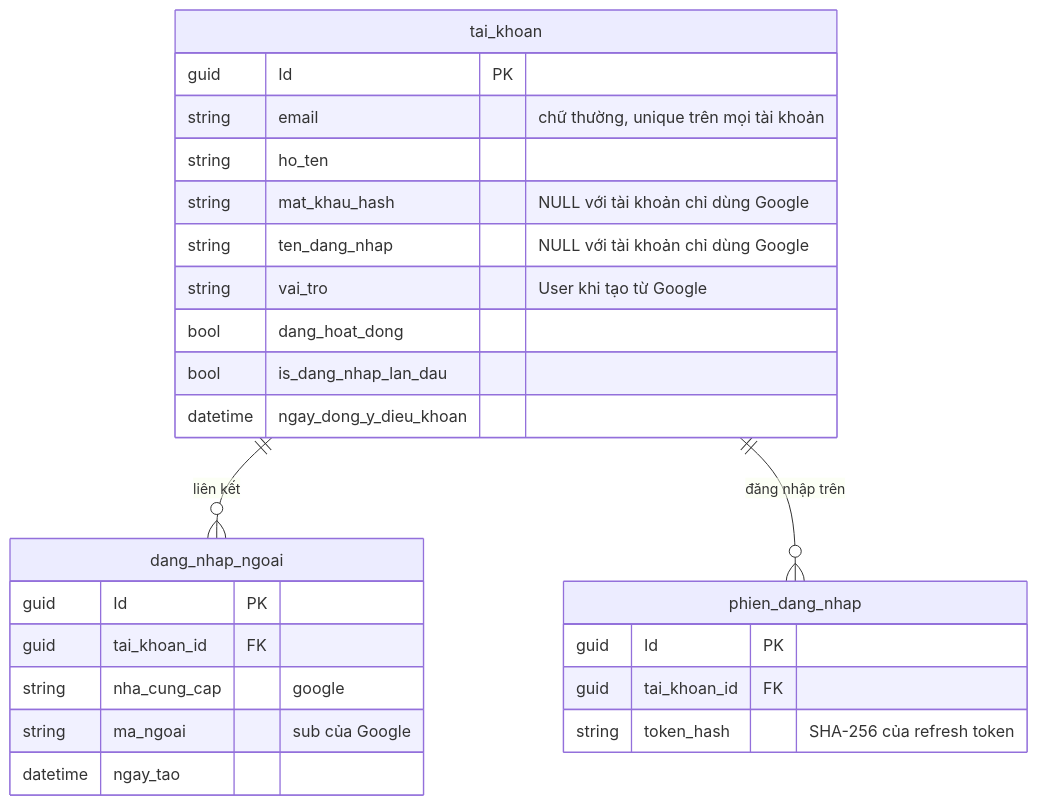
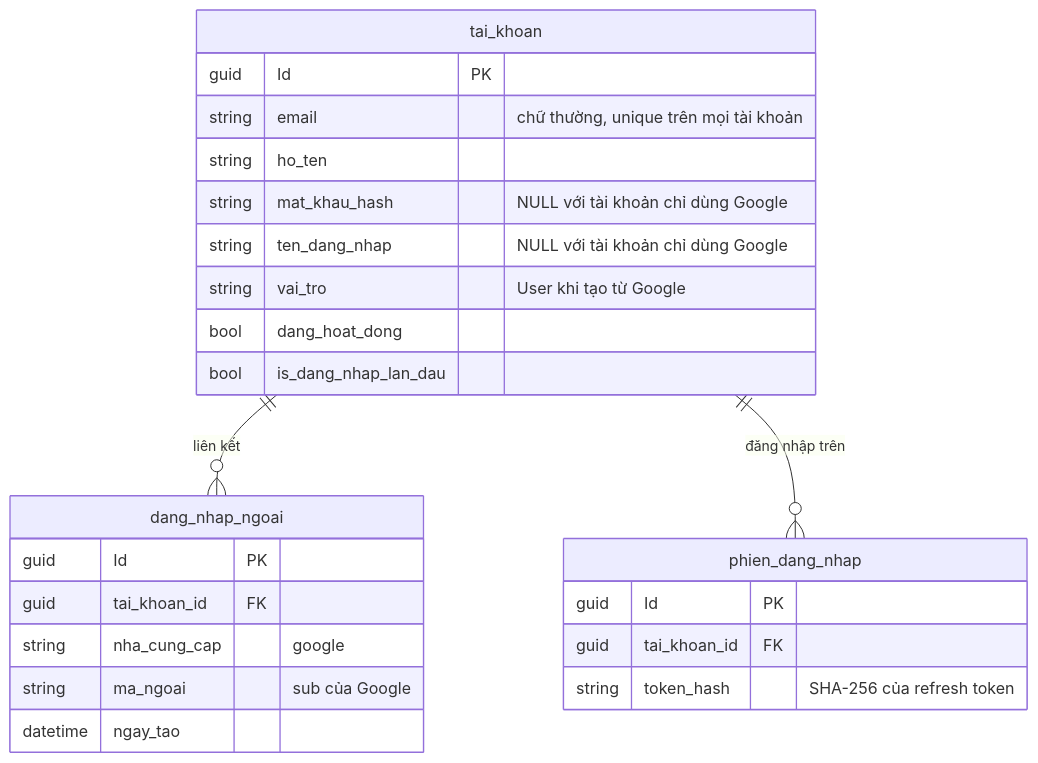
Before and after one commit to ngongochuy2003/GymBase: the fifth of 5 diagrams in docs/auth/dang-nhap-google.md, drawn with Mermaid. The commit also changed other lines of this file and 2 other files, not shown here.

````diff
--- a/docs/auth/dang-nhap-google.md
+++ b/docs/auth/dang-nhap-google.md
@@ -220,29 +220,28 @@
 ```mermaid
 erDiagram
     tai_khoan ||--o{ dang_nhap_ngoai : "liên kết"
     tai_khoan ||--o{ phien_dang_nhap : "đăng nhập trên"
 
     tai_khoan {
         guid Id PK
         string email "chữ thường, unique trên mọi tài khoản"
         string ho_ten
         string mat_khau_hash "NULL với tài khoản chỉ dùng Google"
         string ten_dang_nhap "NULL với tài khoản chỉ dùng Google"
         string vai_tro "User khi tạo từ Google"
         bool dang_hoat_dong
         bool is_dang_nhap_lan_dau
-        datetime ngay_dong_y_dieu_khoan
     }
     dang_nhap_ngoai {
         guid Id PK
         guid tai_khoan_id FK
         string nha_cung_cap "google"
         string ma_ngoai "sub của Google"
         datetime ngay_tao
     }
     phien_dang_nhap {
         guid Id PK
         guid tai_khoan_id FK
         string token_hash "SHA-256 của refresh token"
     }
 ```
````
